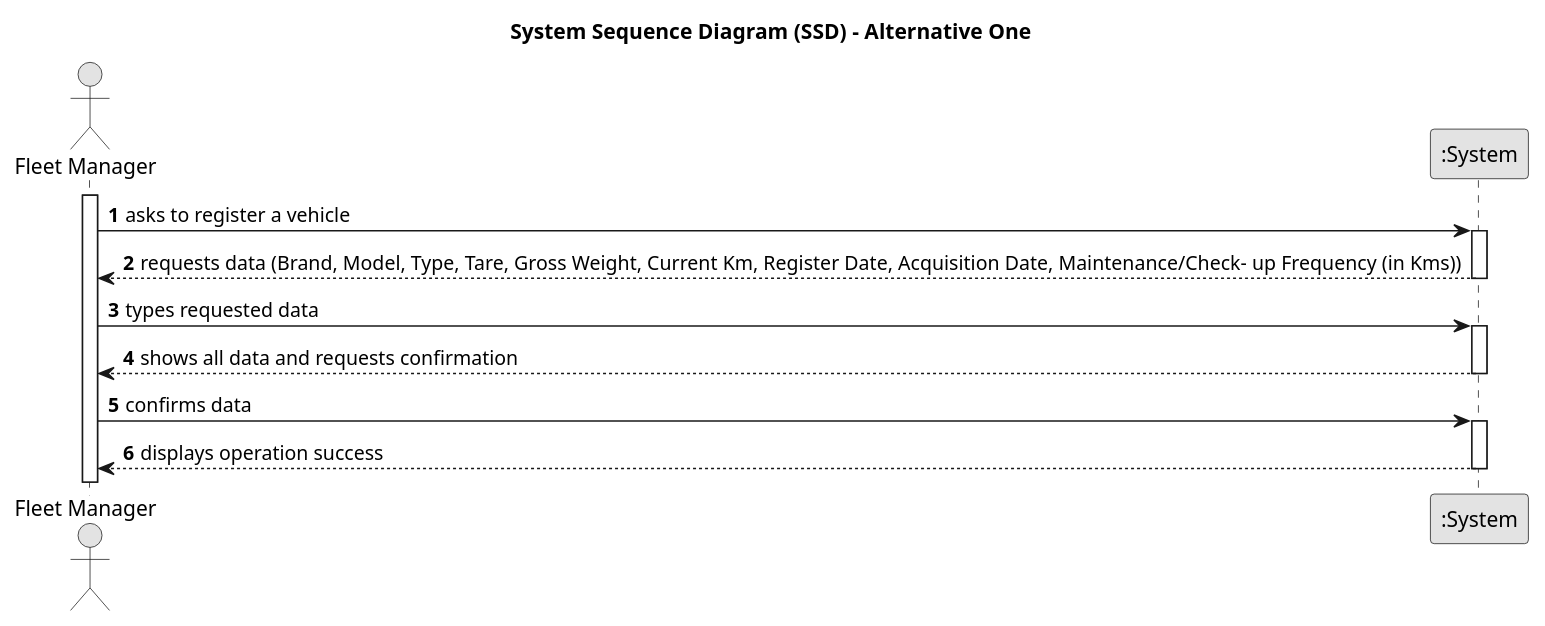
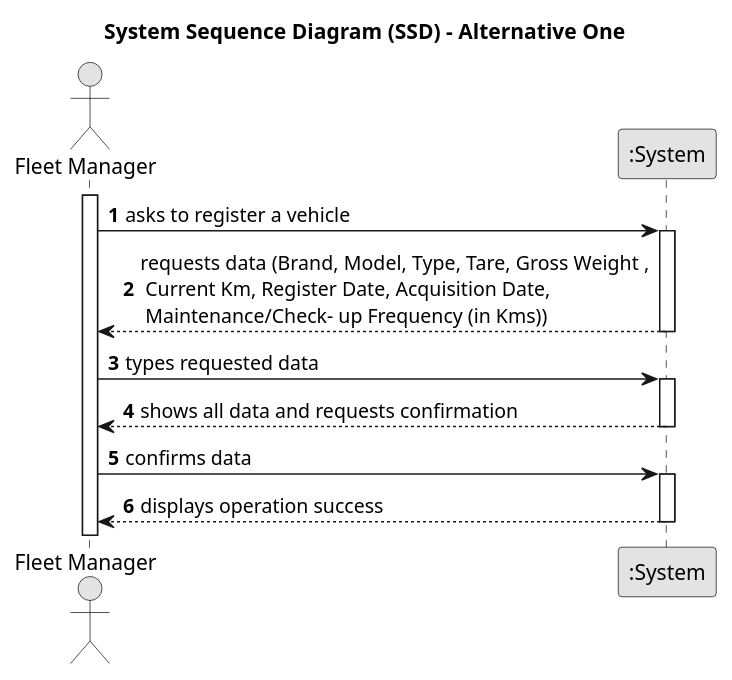
One commit to Departamento-de-Engenharia-Informatica/lei-24-s2-1dl-g121 changed the diagram in docs/sprintA/US006/01.requirements-engineering/puml/us006-system-sequence-diagram-alternative-one.puml. Above: the diagram before and after it, drawn with PlantUML. The commit also changed 2 other files, not shown here.

```diff
--- a/docs/sprintA/US006/01.requirements-engineering/puml/us006-system-sequence-diagram-alternative-one.puml
+++ b/docs/sprintA/US006/01.requirements-engineering/puml/us006-system-sequence-diagram-alternative-one.puml
@@ -1,33 +1,33 @@
 @startuml
 skinparam monochrome true
 skinparam packageStyle rectangle
 skinparam shadowing false
 
 title System Sequence Diagram (SSD) - Alternative One
 
 autonumber
 
 actor "Fleet Manager" as Employee
 participant ":System" as System
 
 activate Employee
 
     Employee -> System : asks to register a vehicle
     activate System
 
-        System --> Employee : requests data (Brand, Model, Type, Tare, Gross Weight, Current Km, Register Date, Acquisition Date, Maintenance/Check- up Frequency (in Kms))
+        System --> Employee : requests data (Brand, Model, Type, Tare, Gross Weight ,\n Current Km, Register Date, Acquisition Date,\n Maintenance/Check- up Frequency (in Kms))
     deactivate System
 
     Employee -> System : types requested data
     activate System
 
         System --> Employee : shows all data and requests confirmation
     deactivate System
 
     Employee -> System : confirms data
     activate System
 
         System --> Employee : displays operation success
     deactivate System
 
 @enduml
```
